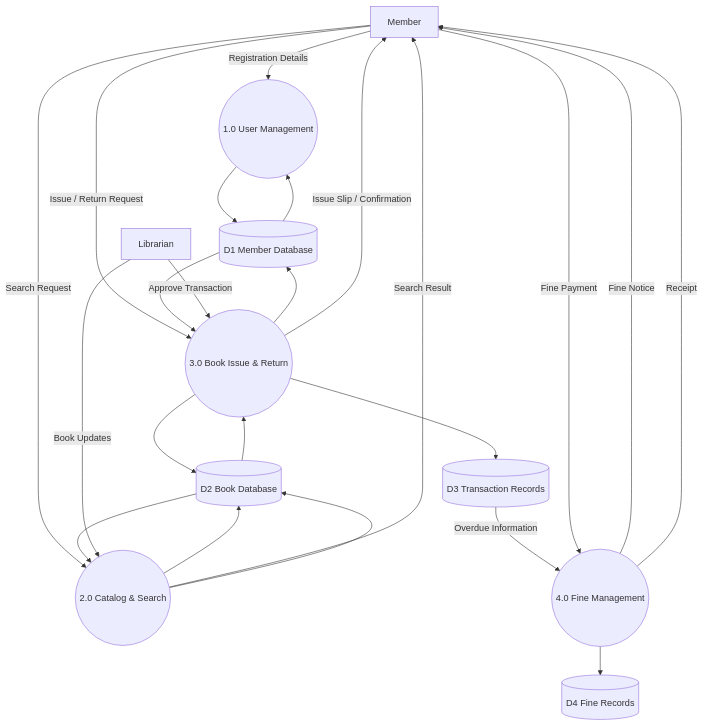
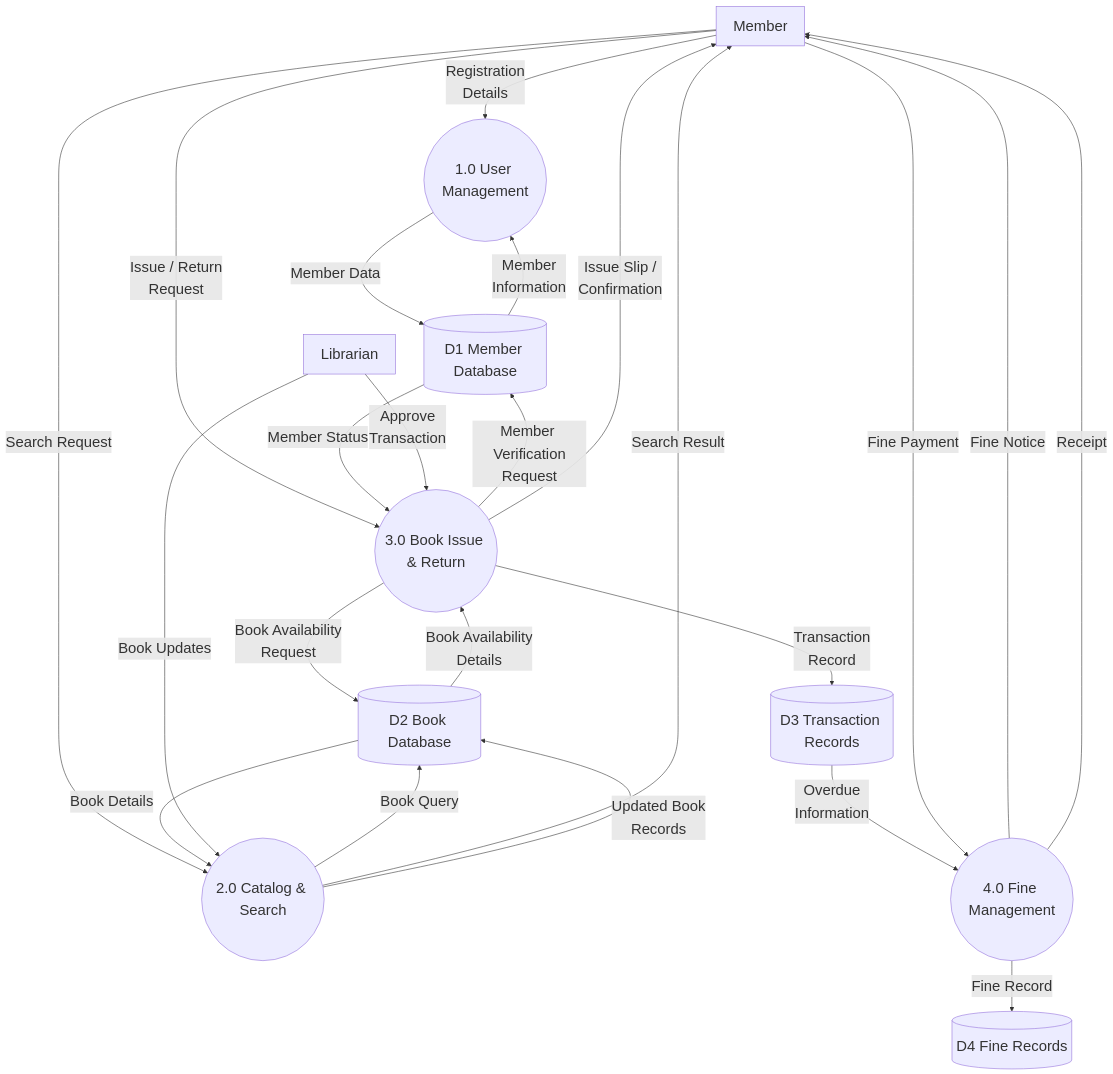
Before and after one commit to keshavprasadneupane/Collage: the second of 2 diagrams in Sixth/Software Eng/nis/dfd.md, drawn with Mermaid. The commit also changed other lines of this file and 145 other files, not shown here.

````diff
--- a/Sixth/Software Eng/nis/dfd.md
+++ b/Sixth/Software Eng/nis/dfd.md
@@ -45,48 +45,49 @@
-```mermaid
+```mermaid id="v5y2ui"
+%%{init: {'themeVariables': { 'fontSize': '26px' }}}%%
 graph TD
 
     Member["Member"]
     Librarian["Librarian"]
 
     P1(("1.0 User Management"))
     P2(("2.0 Catalog & Search"))
     P3(("3.0 Book Issue & Return"))
     P4(("4.0 Fine Management"))
 
     D1[("D1 Member Database")]
     D2[("D2 Book Database")]
     D3[("D3 Transaction Records")]
     D4[("D4 Fine Records")]
 
-    Member -->|Registration Details| P1
-    P1 --> D1
-    D1 --> P1
+    Member -->|Registration<br/>Details| P1
+    P1 -->|Member Data| D1
+    D1 -->|Member<br/>Information| P1
 
     Member -->|Search Request| P2
-    P2 --> D2
-    D2 --> P2
+    P2 -->|Book Query| D2
+    D2 -->|Book Details| P2
     P2 -->|Search Result| Member
 
     Librarian -->|Book Updates| P2
-    P2 --> D2
+    P2 -->|Updated Book<br/>Records| D2
 
-    Member -->|Issue / Return Request| P3
-    P3 --> D1
-    D1 --> P3
+    Member -->|Issue / Return<br/>Request| P3
+    P3 -->|Member Verification<br/>Request| D1
+    D1 -->|Member Status| P3
 
-    P3 --> D2
-    D2 --> P3
+    P3 -->|Book Availability<br/>Request| D2
+    D2 -->|Book Availability<br/>Details| P3
 
-    P3 --> D3
-    P3 -->|Issue Slip / Confirmation| Member
+    P3 -->|Transaction<br/>Record| D3
+    P3 -->|Issue Slip /<br/>Confirmation| Member
 
-    Librarian -->|Approve Transaction| P3
+    Librarian -->|Approve<br/>Transaction| P3
 
-    D3 -->|Overdue Information| P4
+    D3 -->|Overdue<br/>Information| P4
 
     P4 -->|Fine Notice| Member
     Member -->|Fine Payment| P4
 
-    P4 --> D4
+    P4 -->|Fine Record| D4
     P4 -->|Receipt| Member
 ```
````
